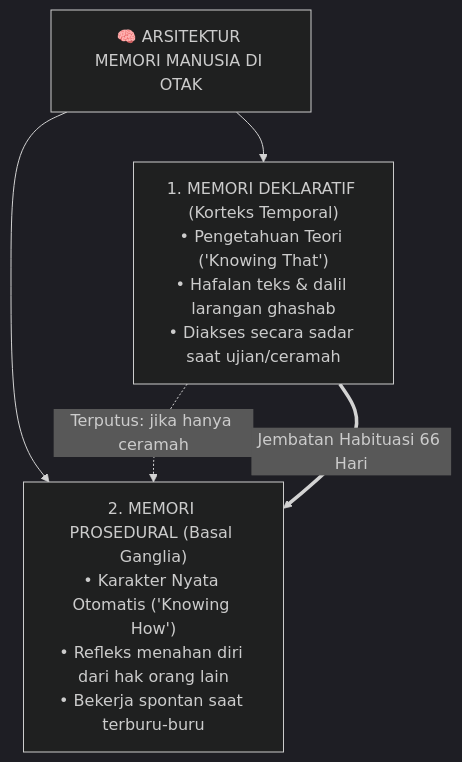
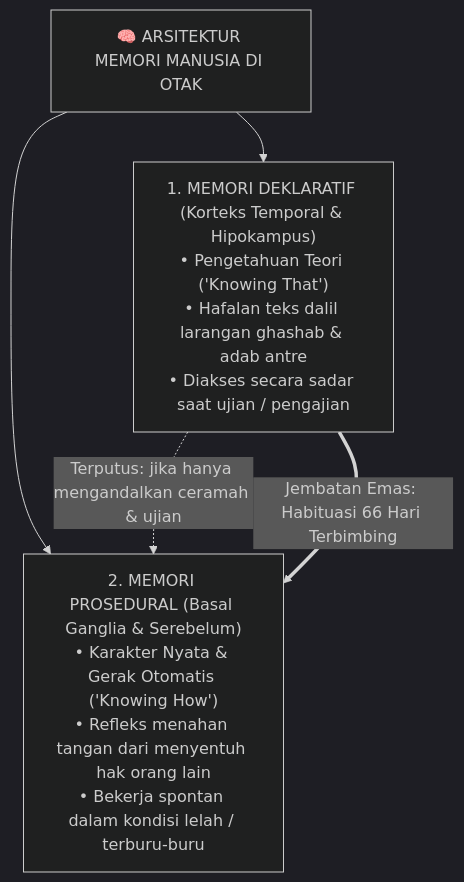
Before and after one commit to wandiapriliyandi/tumbuh: the second of 7 diagrams in BOOK-SERIES/Volume-01/Bab-01-Krisis-Karakter-dan-Urgensi-Rekonstruksi/01-Anomali-Pendidikan-Karakter-Tradisional.md, drawn with Mermaid (dark theme). The commit also changed other lines of this file, not shown here.

Commit message:
docs(sub-bab-1.1): perluas naskah menjadi bab panduan induk komprehensif, kaya materi, diagram berlabel, dan 10 rujukan primer

````diff
--- a/BOOK-SERIES/Volume-01/Bab-01-Krisis-Karakter-dan-Urgensi-Rekonstruksi/01-Anomali-Pendidikan-Karakter-Tradisional.md
+++ b/BOOK-SERIES/Volume-01/Bab-01-Krisis-Karakter-dan-Urgensi-Rekonstruksi/01-Anomali-Pendidikan-Karakter-Tradisional.md
@@ -52,14 +54,14 @@
 ```mermaid
 graph TD
     Otak["🧠 ARSITEKTUR MEMORI MANUSIA DI OTAK"]
     
     Otak --> Deklaratif
     Otak --> Prosedural
     
-    Deklaratif["1. MEMORI DEKLARATIF (Korteks Temporal)<br/>• Pengetahuan Teori ('Knowing That')<br/>• Hafalan teks & dalil larangan ghashab<br/>• Diakses secara sadar saat ujian/ceramah"]
+    Deklaratif["1. MEMORI DEKLARATIF (Korteks Temporal & Hipokampus)<br/>• Pengetahuan Teori ('Knowing That')<br/>• Hafalan teks dalil larangan ghashab & adab antre<br/>• Diakses secara sadar saat ujian / pengajian"]
     
-    Prosedural["2. MEMORI PROSEDURAL (Basal Ganglia)<br/>• Karakter Nyata Otomatis ('Knowing How')<br/>• Refleks menahan diri dari hak orang lain<br/>• Bekerja spontan saat terburu-buru"]
+    Prosedural["2. MEMORI PROSEDURAL (Basal Ganglia & Serebelum)<br/>• Karakter Nyata & Gerak Otomatis ('Knowing How')<br/>• Refleks menahan tangan dari menyentuh hak orang lain<br/>• Bekerja spontan dalam kondisi lelah / terburu-buru"]
     
-    Deklaratif -.->|"Terputus: jika hanya ceramah"| Prosedural
-    Deklaratif ==>|"Jembatan Habituasi 66 Hari"| Prosedural
+    Deklaratif -.->|"Terputus: jika hanya mengandalkan ceramah & ujian"| Prosedural
+    Deklaratif ==>|"Jembatan Emas: Habituasi 66 Hari Terbimbing"| Prosedural
 ```
````
